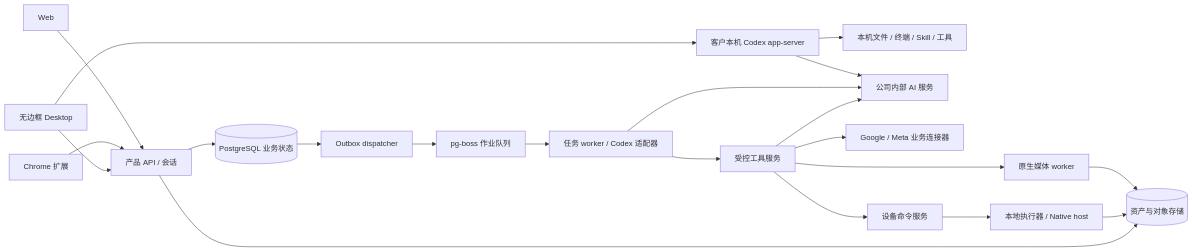
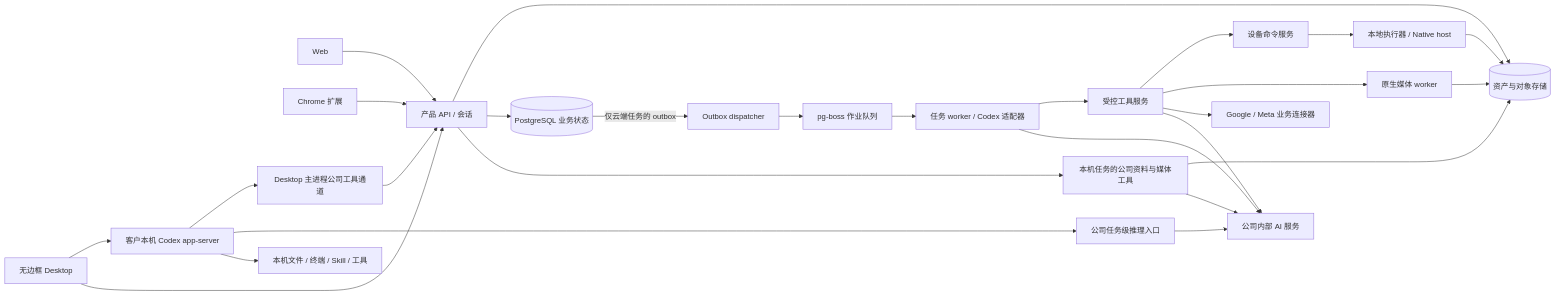
One commit to copypasteltd/workmate changed the diagram in docs/technical/01-architecture-and-stack.md. Above: the diagram before and after it, drawn with Mermaid. The commit also changed other lines of this file and 241 other files, not shown here.

````diff
--- a/docs/technical/01-architecture-and-stack.md
+++ b/docs/technical/01-architecture-and-stack.md
@@ -33,23 +35,29 @@
 ```mermaid
 flowchart LR
     W[Web] --> A[产品 API / 会话]
     X[Chrome 扩展] --> A
     D[无边框 Desktop] --> A
     D --> C[客户本机 Codex app-server]
     C --> N[本机文件 / 终端 / Skill / 工具]
-    C --> G[公司内部 AI 服务]
+    C --> I[公司任务级推理入口]
+    I --> G[公司内部 AI 服务]
+    C --> K[Desktop 主进程公司工具通道]
+    K --> A
+    A --> CT[本机任务的公司资料与媒体工具]
+    CT --> G
+    CT --> S
     A --> P[(PostgreSQL 业务状态)]
-    P --> O[Outbox dispatcher]
+    P -->|仅云端任务的 outbox| O[Outbox dispatcher]
     O --> Q[pg-boss 作业队列]
     Q --> R[任务 worker / Codex 适配器]
     R --> G
     R --> T[受控工具服务]
     T --> G
     T --> B[Google / Meta 业务连接器]
     T --> V[原生媒体 worker]
     T --> L[设备命令服务]
     L --> E[本地执行器 / Native host]
     V --> S[(资产与对象存储)]
     E --> S
     A --> S
 ```
````
